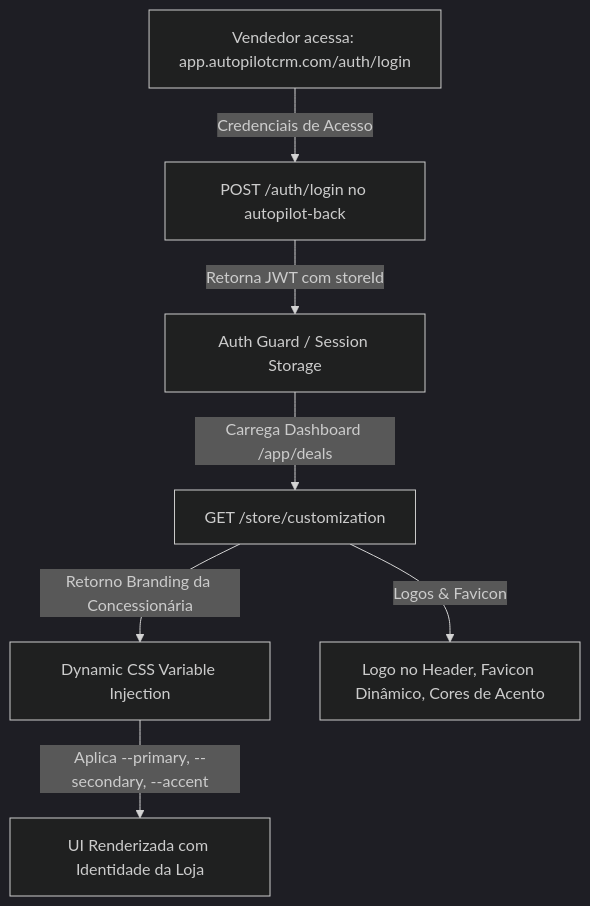
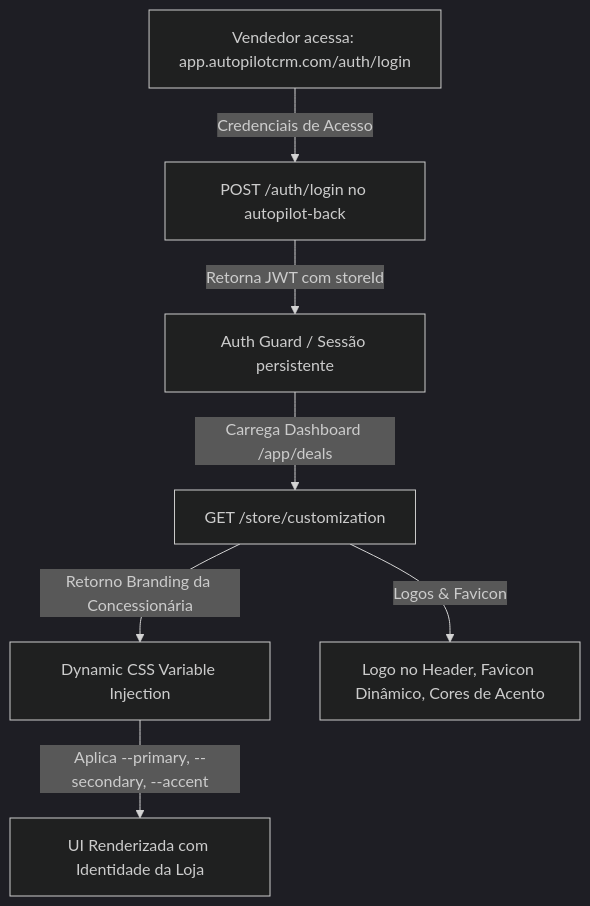
Before and after one commit to FabricioHiury/autopilot-frontend: the diagram in PLANEJAMENTO_BOILERPLATE_FRONT.md, drawn with Mermaid (dark theme). The commit also changed other lines of this file and 665 other files, not shown here.

````diff
--- a/PLANEJAMENTO_BOILERPLATE_FRONT.md
+++ b/PLANEJAMENTO_BOILERPLATE_FRONT.md
@@ -20,9 +21,9 @@
 ```mermaid
 graph TD
     A[Vendedor acessa: app.autopilotcrm.com/auth/login] -->|Credenciais de Acesso| B[POST /auth/login no autopilot-back]
-    B -->|Retorna JWT com storeId| C[Auth Guard / Session Storage]
+    B -->|Retorna JWT com storeId| C[Auth Guard / Sessão persistente]
     C -->|Carrega Dashboard /app/deals| D[GET /store/customization]
     D -->|Retorno Branding da Concessionária| E[Dynamic CSS Variable Injection]
     E -->|Aplica --primary, --secondary, --accent| F[UI Renderizada com Identidade da Loja]
     D -->|Logos & Favicon| G[Logo no Header, Favicon Dinâmico, Cores de Acento]
 ```
````
